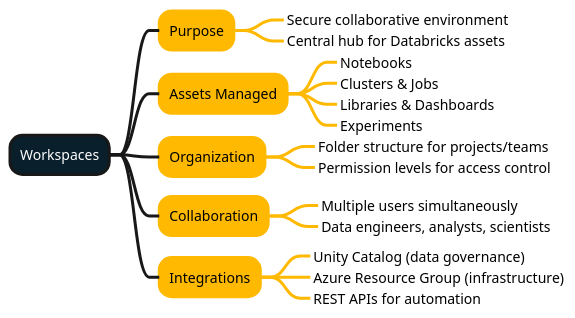
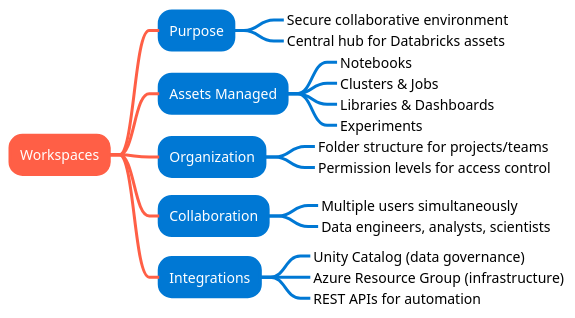
The diagram in demo/mindmaps/learn.wwl.explore-azure-databricks/04-workspaces.plantuml (MicrosoftLearning/DP-750T00-Implement-Data-Engineering-Solutions-using-Azure-Databricks), drawn with PlantUML before and after one commit. The commit also changed 47 other files, not shown here.

```diff
--- a/demo/mindmaps/learn.wwl.explore-azure-databricks/04-workspaces.plantuml
+++ b/demo/mindmaps/learn.wwl.explore-azure-databricks/04-workspaces.plantuml
@@ -1,43 +1,44 @@
 @startmindmap
 <style>
 :depth(0) {
-    BackgroundColor #091f2c
+    BackgroundColor #FF5F46
+    LineColor #FF5F46
     FontColor #ffffff
     LineThickness 3.0
 }
 :depth(1) {
+    BackgroundColor #0078D4
+    LineColor #0078D4
+    LineThickness 3.0
+    FontColor #FFFFFF
+}
+:depth(2) {
     BackgroundColor #ffb900
     LineColor #ffb900
     LineThickness 3.0
     FontColor #000000
-}
-:depth(2) {
-    BackgroundColor #f4364c
-    LineColor #f4364c
-    LineThickness 3.0
-    FontColor #ffffff
 }
 boxless {
     FontColor #000000
 }
 </style>
 * Workspaces
 ** Purpose
 ***_ Secure collaborative environment
 ***_ Central hub for Databricks assets
 ** Assets Managed
 ***_ Notebooks
 ***_ Clusters & Jobs
 ***_ Libraries & Dashboards
 ***_ Experiments
 ** Organization
 ***_ Folder structure for projects/teams
 ***_ Permission levels for access control
 ** Collaboration
 ***_ Multiple users simultaneously
 ***_ Data engineers, analysts, scientists
 ** Integrations
 ***_ Unity Catalog (data governance)
 ***_ Azure Resource Group (infrastructure)
 ***_ REST APIs for automation
 @endmindmap
```
